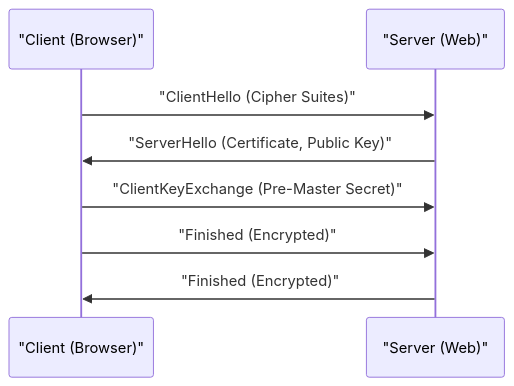
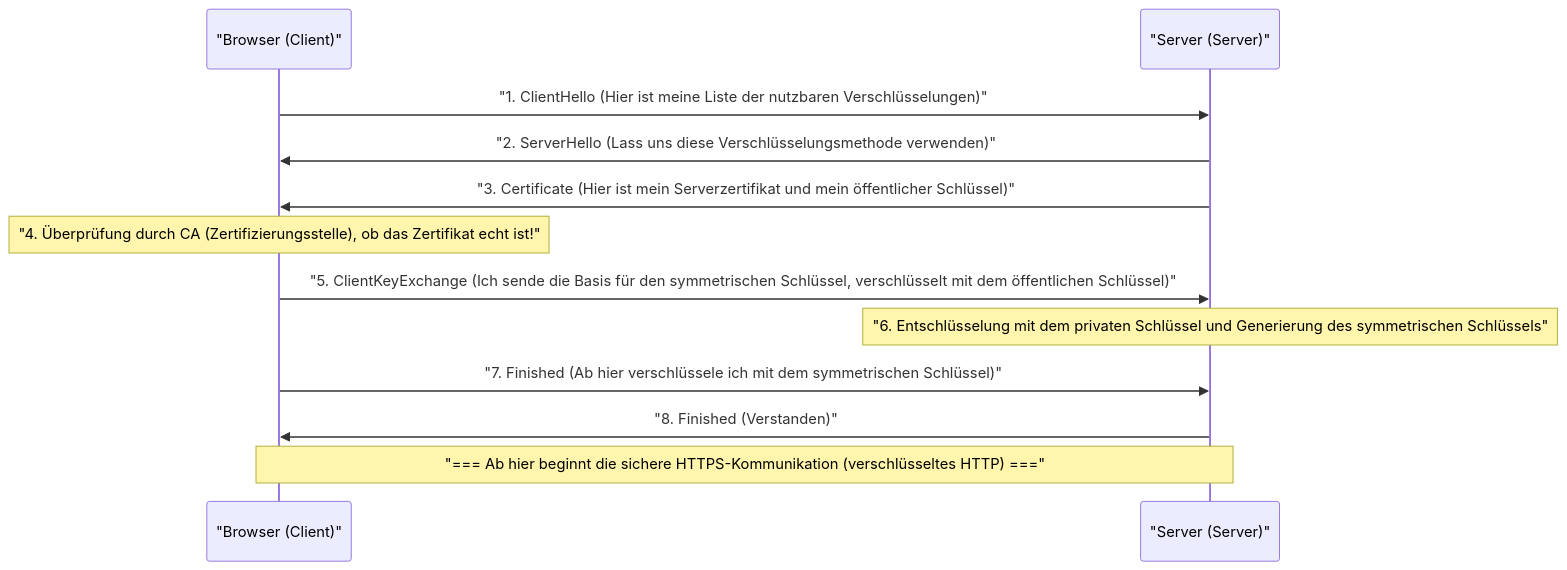
One commit to kenjinote/blog changed the diagram in content/post/history-of-https/index.de.md. Above: the diagram before and after it, drawn with Mermaid. The commit also changed other lines of this file and 67 other files, not shown here.

````diff
--- a/content/post/history-of-https/index.de.md
+++ b/content/post/history-of-https/index.de.md
@@ -23,10 +55,14 @@
 ```mermaid
 sequenceDiagram
-    participant C as "Client (Browser)"
-    participant S as "Server (Web)"
-    C->>S: "ClientHello (Cipher Suites)"
-    S->>C: "ServerHello (Certificate, Public Key)"
-    C->>S: "ClientKeyExchange (Pre-Master Secret)"
-    C->>S: "Finished (Encrypted)"
-    S->>C: "Finished (Encrypted)"
+    participant B as "Browser (Client)"
+    participant S as "Server (Server)"
+    B->>S: "1. ClientHello (Hier ist meine Liste der nutzbaren Verschlüsselungen)"
+    S->>B: "2. ServerHello (Lass uns diese Verschlüsselungsmethode verwenden)"
+    S->>B: "3. Certificate (Hier ist mein Serverzertifikat und mein öffentlicher Schlüssel)"
+    Note over B: "4. Überprüfung durch CA (Zertifizierungsstelle), ob das Zertifikat echt ist!"
+    B->>S: "5. ClientKeyExchange (Ich sende die Basis für den symmetrischen Schlüssel, verschlüsselt mit dem öffentlichen Schlüssel)"
+    Note over S: "6. Entschlüsselung mit dem privaten Schlüssel und Generierung des symmetrischen Schlüssels"
+    B->>S: "7. Finished (Ab hier verschlüssele ich mit dem symmetrischen Schlüssel)"
+    S->>B: "8. Finished (Verstanden)"
+    Note over B,S: "=== Ab hier beginnt die sichere HTTPS-Kommunikation (verschlüsseltes HTTP) ==="
 ```
````
